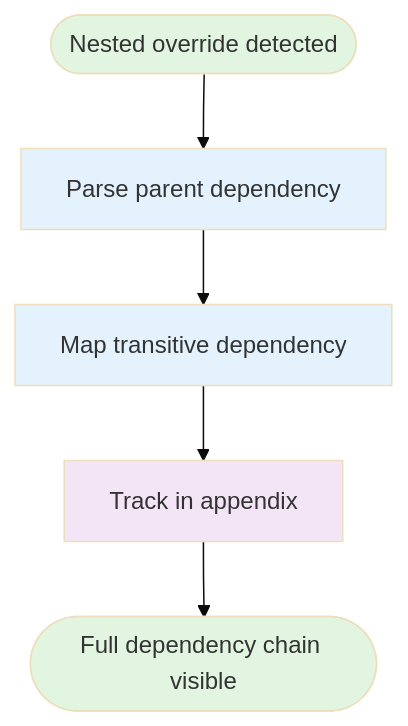
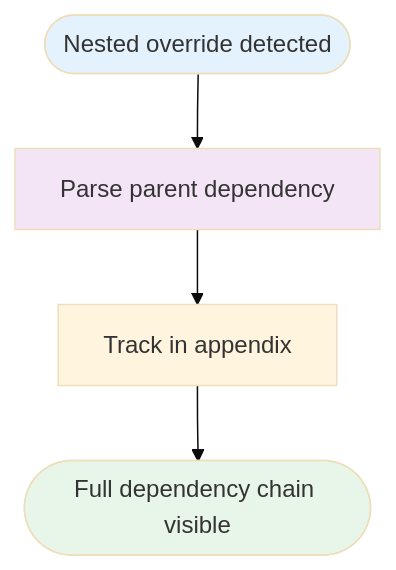
Before and after one commit to yowainwright/pastoralist: the third of 6 diagrams in README.md, drawn with Mermaid (base theme). The commit also changed other lines of this file and 10 other files, not shown here.

````diff
--- a/README.md
+++ b/README.md
@@ -160,13 +189,10 @@
 ```mermaid
 flowchart TD
     Start([Nested override detected]) --> Parse[Parse parent dependency]
-    Parse --> Map[Map transitive dependency]
-    Map --> Track[Track in appendix]
+    Parse --> Track[Track in appendix]
     Track --> End([Full dependency chain visible])
 
-    style Start fill:#e1f5e1
-    style End fill:#e1f5e1
-    style Parse fill:#e3f2fd
-    style Map fill:#e3f2fd
-    style Track fill:#f3e5f5
+    style Start fill:#e3f2fd
+    style End fill:#e8f5e9
+    style Parse fill:#f3e5f5
 ```
````
